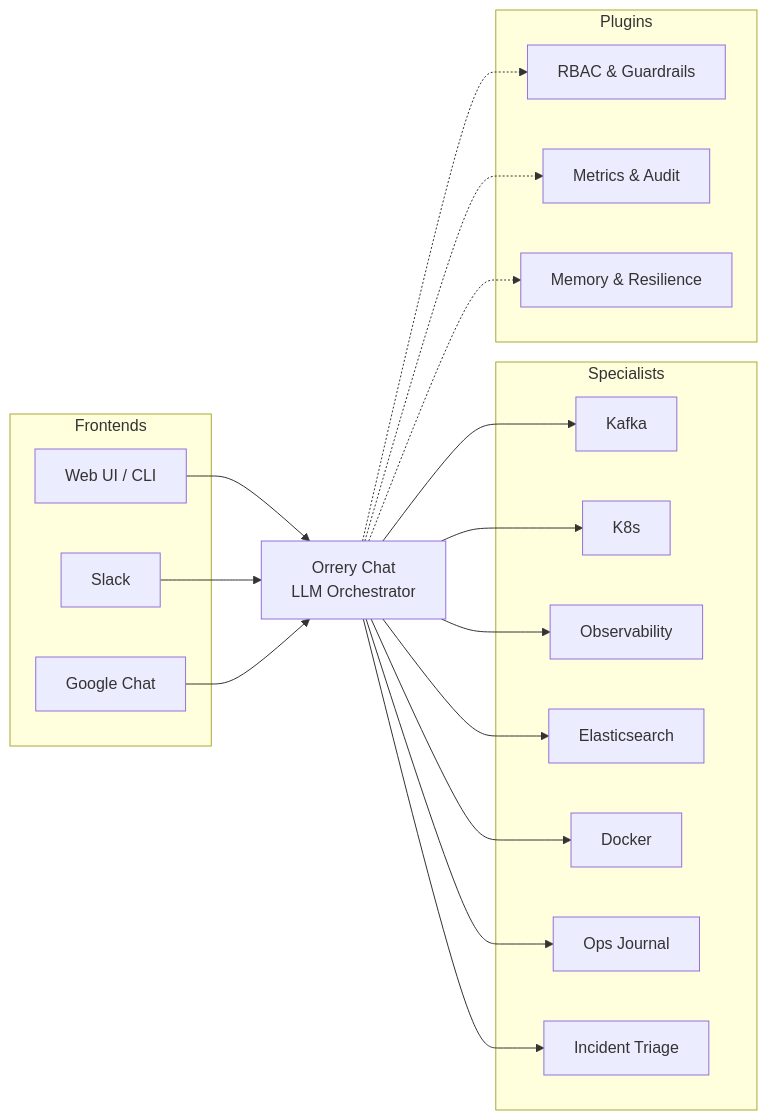
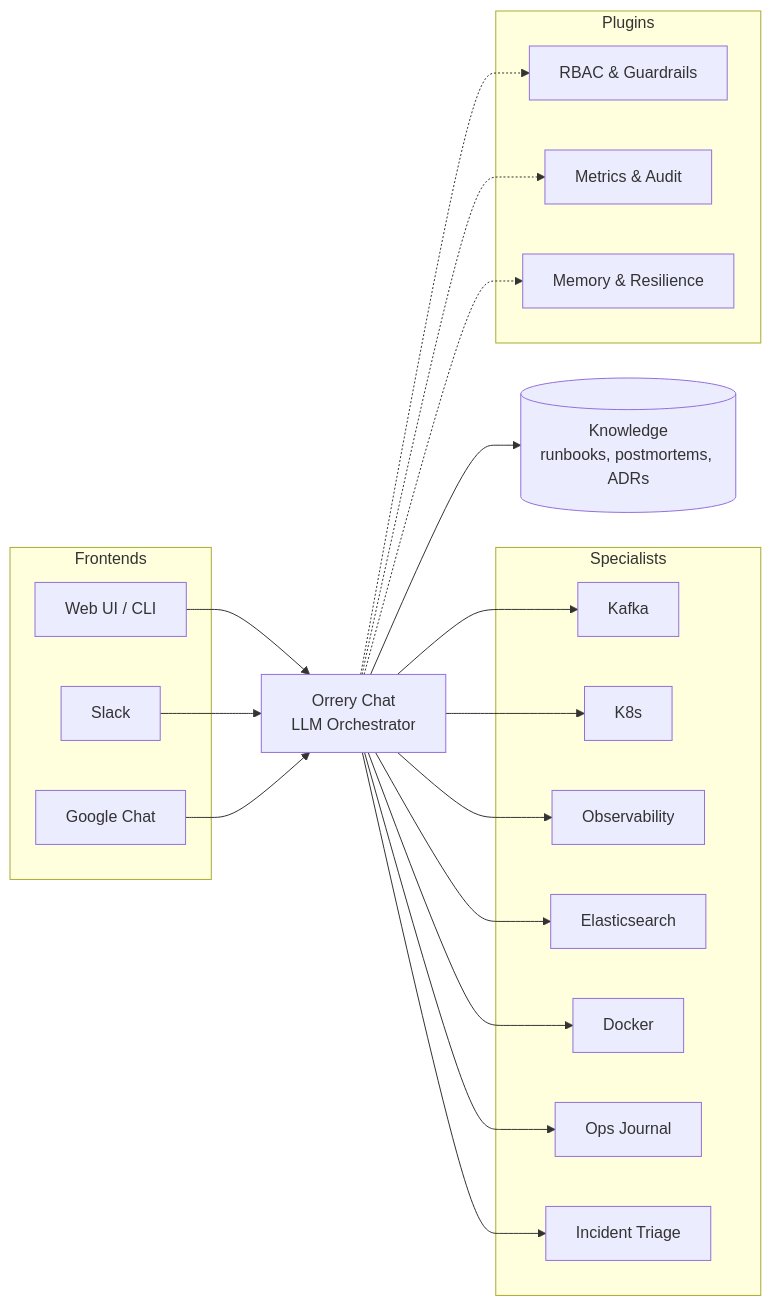
Before and after one commit to BAHALLA/ai-agents: the diagram in README.md, drawn with Mermaid. The commit also changed other lines of this file and 6 other files, not shown here.

````diff
--- a/README.md
+++ b/README.md
@@ -27,40 +27,43 @@
 ```mermaid
 graph LR
     subgraph Frontends
         WEB[Web UI / CLI]
         SLACK[Slack]
         GCHAT[Google Chat]
     end
 
     ROOT[Orrery Chat<br/>LLM Orchestrator]
 
     subgraph Specialists
         KAFKA[Kafka]
         K8S[K8s]
         OBS[Observability]
         ES[Elasticsearch]
         DOCKER[Docker]
         JOURNAL[Ops Journal]
         TRIAGE[Incident Triage]
     end
 
     subgraph Plugins
         P1[RBAC & Guardrails]
         P2[Metrics & Audit]
         P3[Memory & Resilience]
     end
 
+    KB[(Knowledge<br/>runbooks, postmortems, ADRs)]
+
     WEB --> ROOT
     SLACK --> ROOT
     GCHAT --> ROOT
     ROOT --> KAFKA
     ROOT --> K8S
     ROOT --> OBS
     ROOT --> ES
     ROOT --> DOCKER
     ROOT --> JOURNAL
     ROOT --> TRIAGE
+    ROOT --> KB
     ROOT -.-> P1
     ROOT -.-> P2
     ROOT -.-> P3
 ```
````
